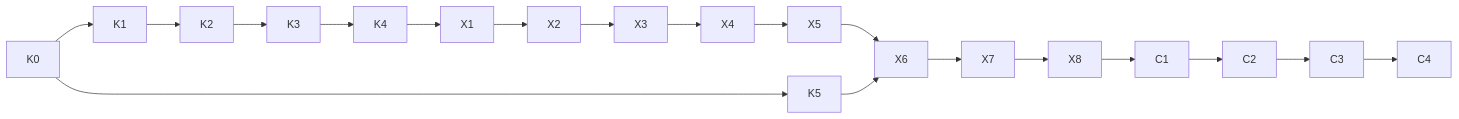
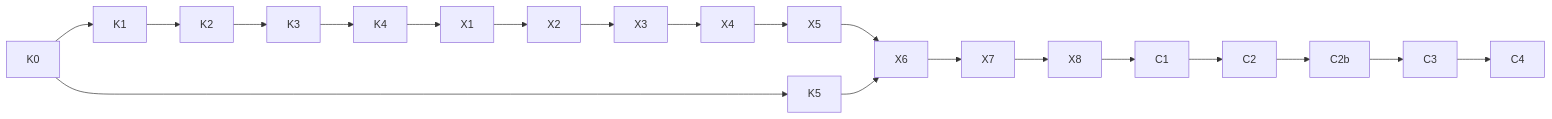
The diagram in plans/Plugin Architecture Plan.md (CTRL-Neo-Studios/vertex), drawn with Mermaid before and after one commit. The commit also changed other lines of this file, not shown here.

````diff
--- a/plans/Plugin Architecture Plan.md
+++ b/plans/Plugin Architecture Plan.md
@@ -68,9 +68,9 @@
 ```mermaid
 flowchart LR
   K0 --> K1 --> K2 --> K3 --> K4
   K0 --> K5
   K4 --> X1 --> X2 --> X3 --> X4 --> X5
   X5 --> X6
   K5 --> X6 --> X7 --> X8
-  X8 --> C1 --> C2 --> C3 --> C4
+  X8 --> C1 --> C2 --> C2b --> C3 --> C4
 ```
````
